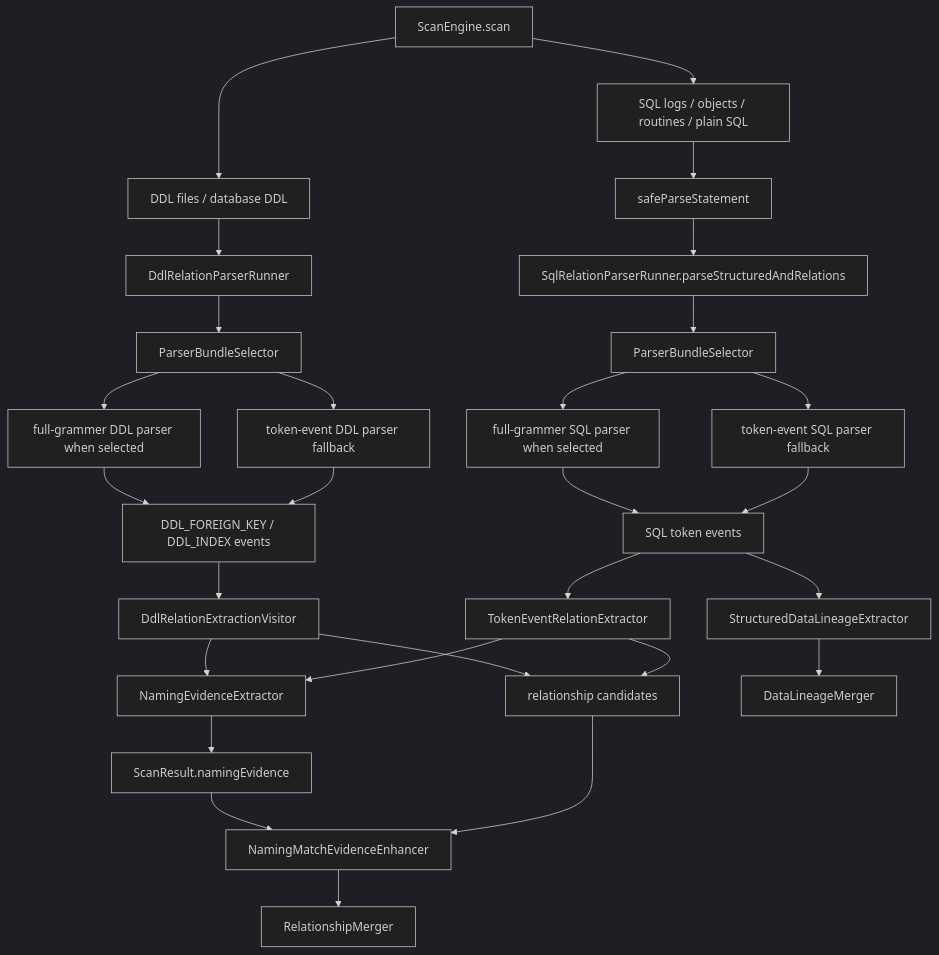
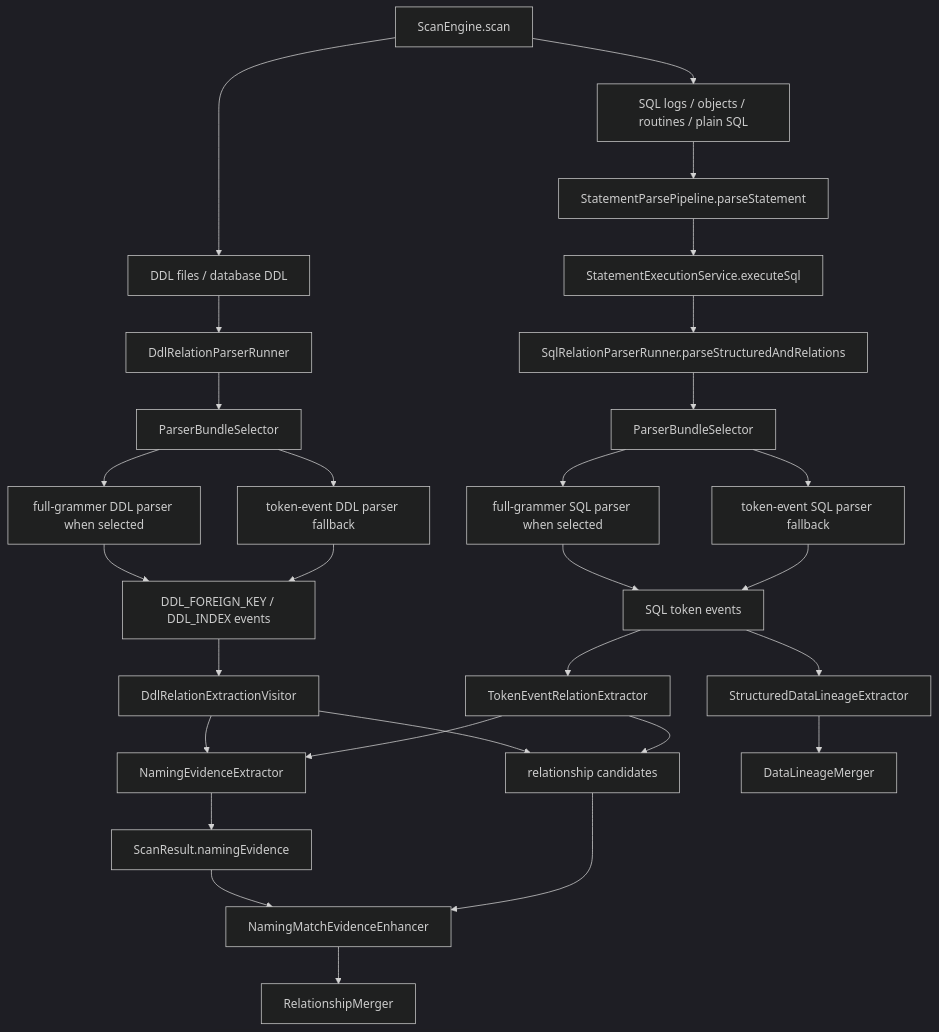
One commit to xiaoguang/relation-detector changed the first of 7 diagrams in docs/design/relation-detector/phase-06-parser-enhancement.md. Above: the diagram before and after it, drawn with Mermaid (dark theme). The commit also changed other lines of this file and 50 other files, not shown here.

````diff
--- a/docs/design/relation-detector/phase-06-parser-enhancement.md
+++ b/docs/design/relation-detector/phase-06-parser-enhancement.md
@@ -234,33 +239,34 @@
 ```mermaid
 flowchart TD
   scan["ScanEngine.scan"]
 
   scan --> ddlInput["DDL files / database DDL"]
   ddlInput --> ddlRunner["DdlRelationParserRunner"]
   ddlRunner --> ddlBundle["ParserBundleSelector"]
   ddlBundle --> ddlFull["full-grammer DDL parser when selected"]
   ddlBundle --> ddlToken["token-event DDL parser fallback"]
   ddlFull --> ddlEvents["DDL_FOREIGN_KEY / DDL_INDEX events"]
   ddlToken --> ddlEvents
   ddlEvents --> ddlRel["DdlRelationExtractionVisitor"]
   ddlRel --> namingExtract["NamingEvidenceExtractor"]
   ddlRel --> relCandidates["relationship candidates"]
 
   scan --> sqlInput["SQL logs / objects / routines / plain SQL"]
-  sqlInput --> safeSql["safeParseStatement"]
-  safeSql --> sqlRunner["SqlRelationParserRunner.parseStructuredAndRelations"]
+  sqlInput --> stmtPipeline["StatementParsePipeline.parseStatement"]
+  stmtPipeline --> execution["StatementExecutionService.executeSql"]
+  execution --> sqlRunner["SqlRelationParserRunner.parseStructuredAndRelations"]
   sqlRunner --> sqlBundle["ParserBundleSelector"]
   sqlBundle --> sqlFull["full-grammer SQL parser when selected"]
   sqlBundle --> sqlToken["token-event SQL parser fallback"]
   sqlFull --> sqlEvents["SQL token events"]
   sqlToken --> sqlEvents
   sqlEvents --> lineage["StructuredDataLineageExtractor"]
   lineage --> lineageMerge["DataLineageMerger"]
   sqlEvents --> sqlRel["TokenEventRelationExtractor"]
   sqlRel --> namingExtract
   sqlRel --> relCandidates
   namingExtract --> namingPool["ScanResult.namingEvidence"]
   namingPool --> namingEnhancer["NamingMatchEvidenceEnhancer"]
   relCandidates --> namingEnhancer
   namingEnhancer --> relMerge["RelationshipMerger"]
 ```
````
